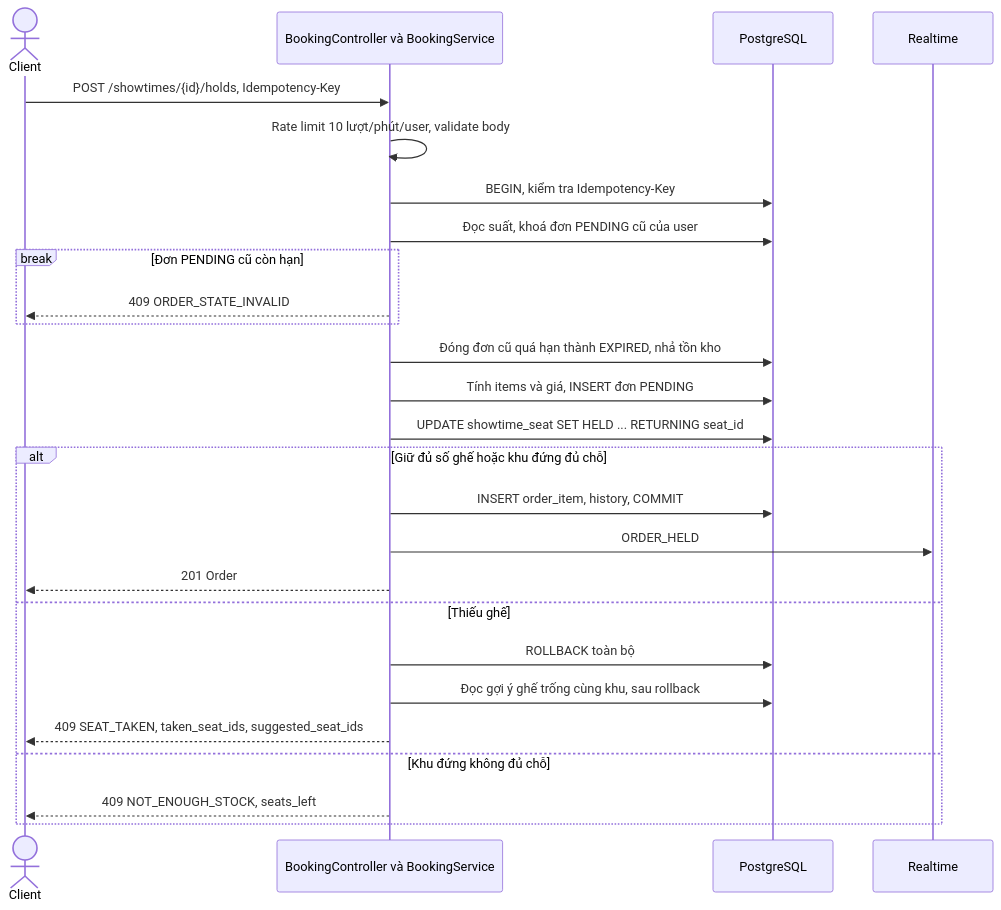
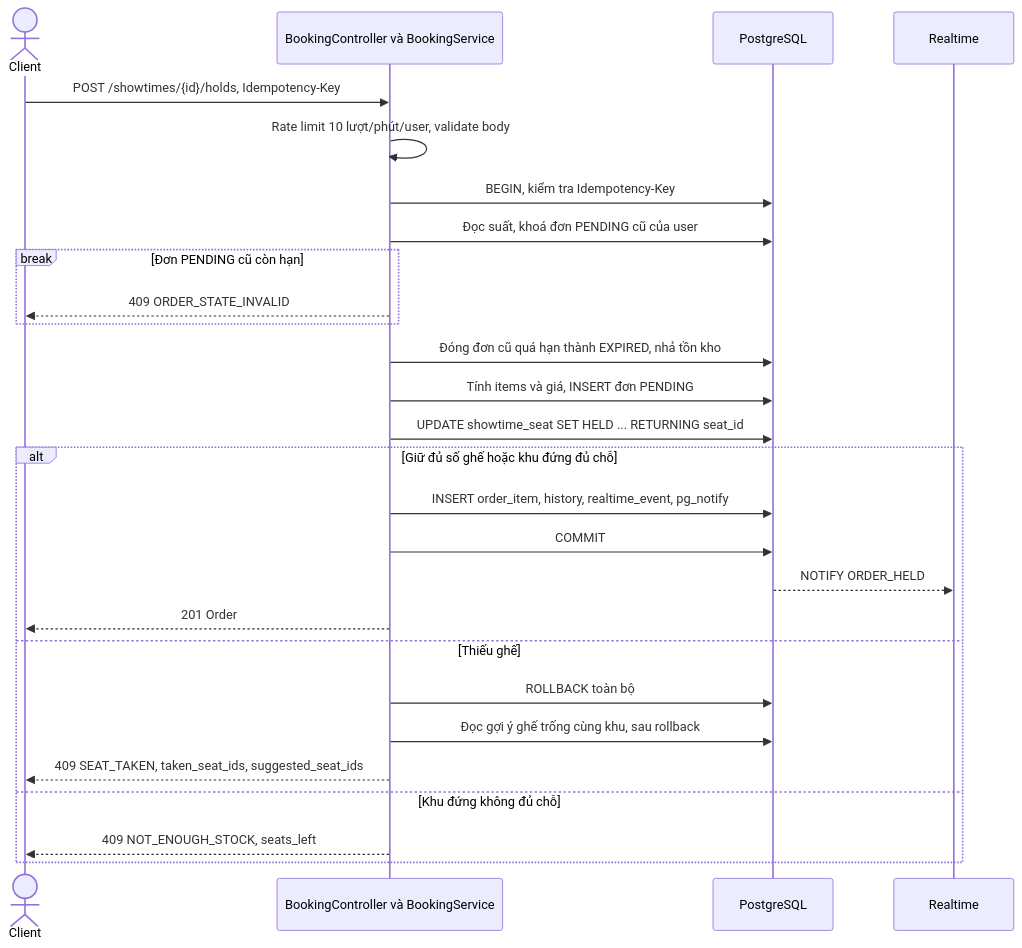
The diagram in docs/booking.md (TNTD-dev/vingo-backend), drawn with Mermaid before and after one commit. The commit also changed other lines of this file, not shown here.

Commit message:
docs: sửa booking theo review CodeRabbit (realtime trong transaction, idempotency, REFUND, SSE)

````diff
--- a/docs/booking.md
+++ b/docs/booking.md
@@ -16,29 +16,30 @@
 ```mermaid
 sequenceDiagram
     actor Client as Client
     participant API as BookingController và BookingService
     participant DB as PostgreSQL
     participant RT as Realtime
 
     Client->>API: POST /showtimes/{id}/holds, Idempotency-Key
     API->>API: Rate limit 10 lượt/phút/user, validate body
     API->>DB: BEGIN, kiểm tra Idempotency-Key
     API->>DB: Đọc suất, khoá đơn PENDING cũ của user
     break Đơn PENDING cũ còn hạn
         API-->>Client: 409 ORDER_STATE_INVALID
     end
     API->>DB: Đóng đơn cũ quá hạn thành EXPIRED, nhả tồn kho
     API->>DB: Tính items và giá, INSERT đơn PENDING
     API->>DB: UPDATE showtime_seat SET HELD ... RETURNING seat_id
     alt Giữ đủ số ghế hoặc khu đứng đủ chỗ
-        API->>DB: INSERT order_item, history, COMMIT
-        API->>RT: ORDER_HELD
+        API->>DB: INSERT order_item, history, realtime_event, pg_notify
+        API->>DB: COMMIT
+        DB-->>RT: NOTIFY ORDER_HELD
         API-->>Client: 201 Order
     else Thiếu ghế
         API->>DB: ROLLBACK toàn bộ
         API->>DB: Đọc gợi ý ghế trống cùng khu, sau rollback
         API-->>Client: 409 SEAT_TAKEN, taken_seat_ids, suggested_seat_ids
     else Khu đứng không đủ chỗ
         API-->>Client: 409 NOT_ENOUGH_STOCK, seats_left
     end
 ```
````
